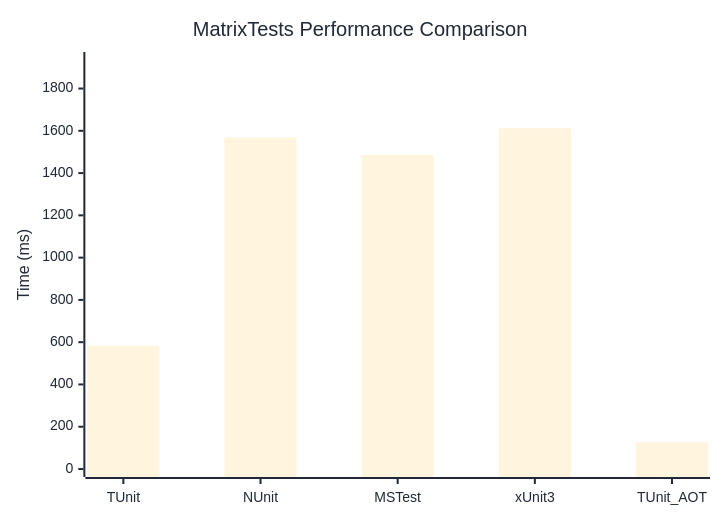
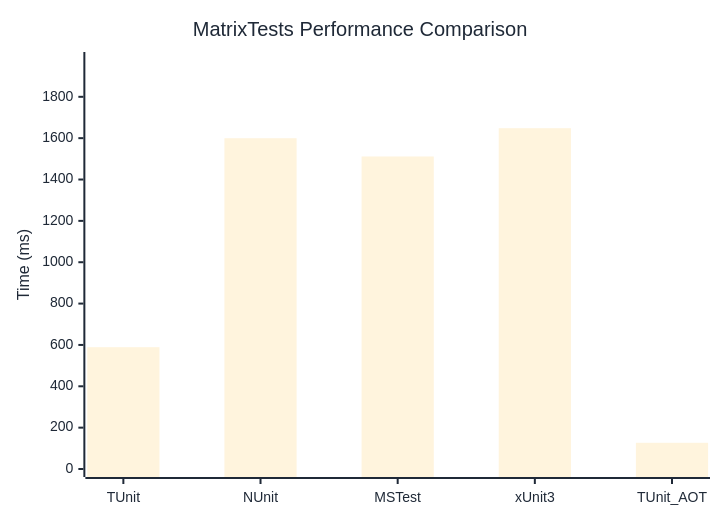
Before and after one commit to thomhurst/TUnit: the diagram in docs/docs/benchmarks/MatrixTests.md, drawn with Mermaid. The commit also changed other lines of this file and 17 other files, not shown here.

````diff
--- a/docs/docs/benchmarks/MatrixTests.md
+++ b/docs/docs/benchmarks/MatrixTests.md
@@ -27,37 +27,37 @@
 ```mermaid
 %%{init: {
   'theme':'base',
   'themeVariables': {
     'primaryColor': '#2563eb',
     'primaryTextColor': '#1f2937',
     'primaryBorderColor': '#1e40af',
     'lineColor': '#6b7280',
     'secondaryColor': '#7c3aed',
     'tertiaryColor': '#dc2626',
     'background': '#ffffff',
     'mainBkg': '#2563eb',
     'secondBkg': '#7c3aed',
     'tertiaryBkg': '#dc2626',
     'clusterBkg': '#f3f4f6',
     'edgeLabelBackground': '#ffffff',
     'tertiaryTextColor': '#1f2937',
     'pie1': '#2563eb',
     'pie2': '#7c3aed',
     'pie3': '#dc2626',
     'pie4': '#f59e0b',
     'pie5': '#10b981',
     'pie6': '#06b6d4',
     'pie7': '#ec4899',
     'pie8': '#6366f1',
     'pie9': '#84cc16',
     'pie10': '#f97316',
     'pie11': '#14b8a6',
     'pie12': '#a855f7'
   }
 }}%%
 xychart-beta
   title "MatrixTests Performance Comparison"
   x-axis ["TUnit", "NUnit", "MSTest", "xUnit3", "TUnit_AOT"]
-  y-axis "Time (ms)" 0 --> 1935
-  bar [582.8, 1568.1, 1486.1, 1612.4, 127]
+  y-axis "Time (ms)" 0 --> 1978
+  bar [589.1, 1599.7, 1511.4, 1648.2, 126.8]
 ```
````
